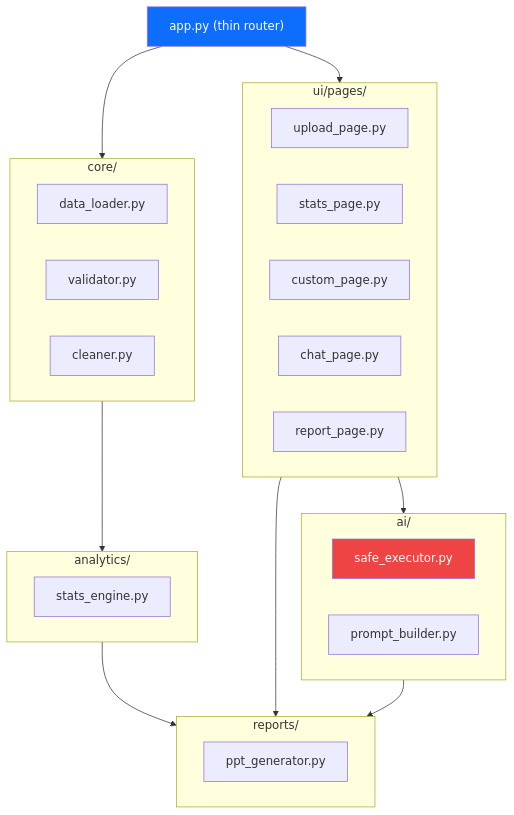
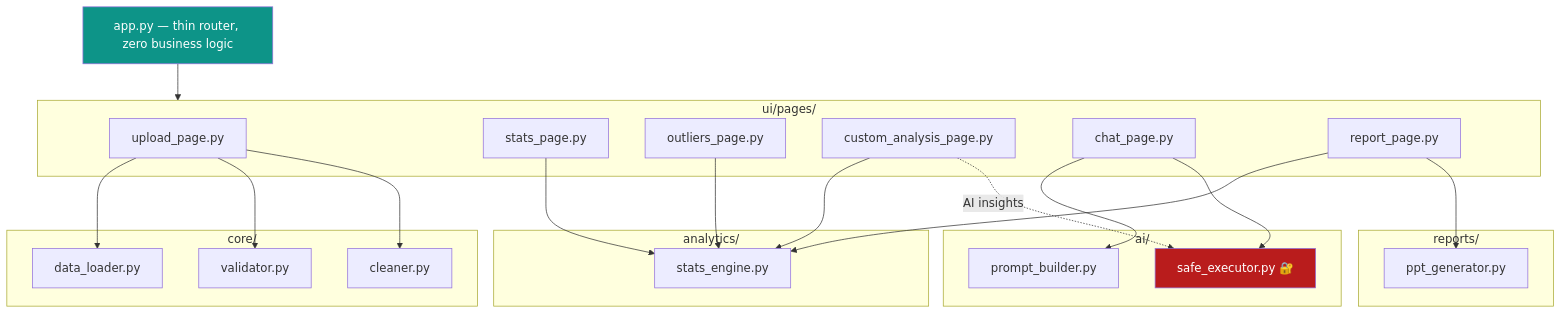
One commit to Shweta-Mishra-ai/excel-auto-analyst changed the first of 2 diagrams in README.md. Above: the diagram before and after it, drawn with Mermaid. The commit also changed other lines of this file and 7 other files, not shown here.

````diff
--- a/README.md
+++ b/README.md
@@ -49,42 +84,48 @@
 ```mermaid
 flowchart TB
-    App["app.py (thin router)"]
+    App["app.py — thin router, zero business logic"]
 
     subgraph Core["core/"]
         DL[data_loader.py]
         VA[validator.py]
         CL[cleaner.py]
     end
 
     subgraph Analytics["analytics/"]
         SE[stats_engine.py]
     end
 
     subgraph AI["ai/"]
-        SX["safe_executor.py"]
         PB[prompt_builder.py]
+        SX["safe_executor.py 🔐"]
     end
 
     subgraph Reports["reports/"]
         PG[ppt_generator.py]
     end
 
     subgraph UI["ui/pages/"]
         UP[upload_page.py]
         SP[stats_page.py]
-        CP[custom_page.py]
+        OP[outliers_page.py]
+        CAP[custom_analysis_page.py]
         CHP[chat_page.py]
         RP[report_page.py]
     end
 
-    App --> Core
     App --> UI
-    Core --> Analytics
-    Analytics --> Reports
-    UI --> AI
-    UI --> Reports
-    AI --> Reports
+    UP --> DL
+    UP --> VA
+    UP --> CL
+    SP --> SE
+    OP --> SE
+    CAP --> SE
+    RP --> SE
+    CHP --> PB
+    CHP --> SX
+    CAP -.AI insights.-> SX
+    RP --> PG
 
-    style App fill:#0d6efd,color:#fff
-    style SX fill:#ef4444,color:#fff
+    style App fill:#0D9488,color:#fff
+    style SX fill:#B91C1C,color:#fff
 ```
````
